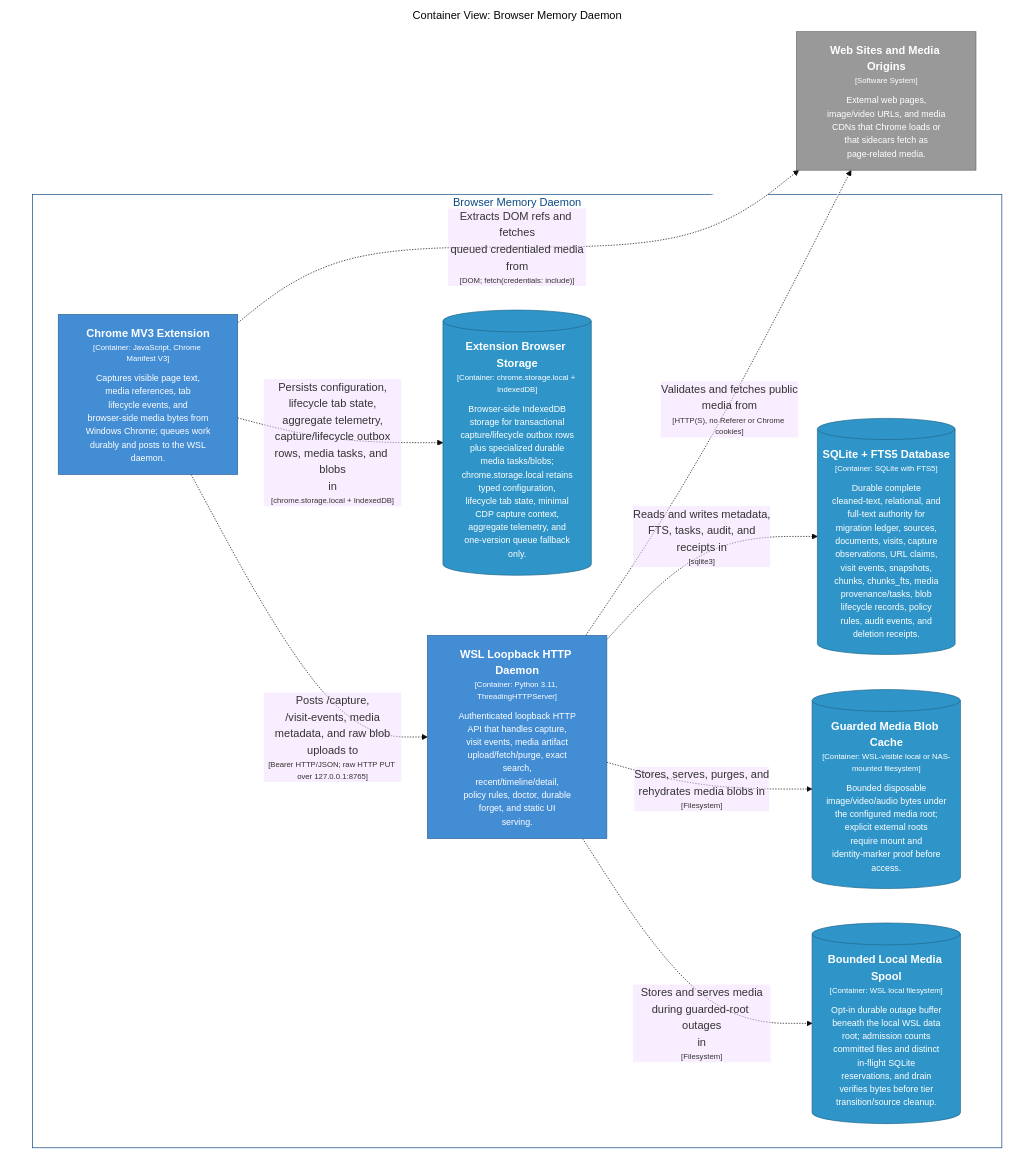
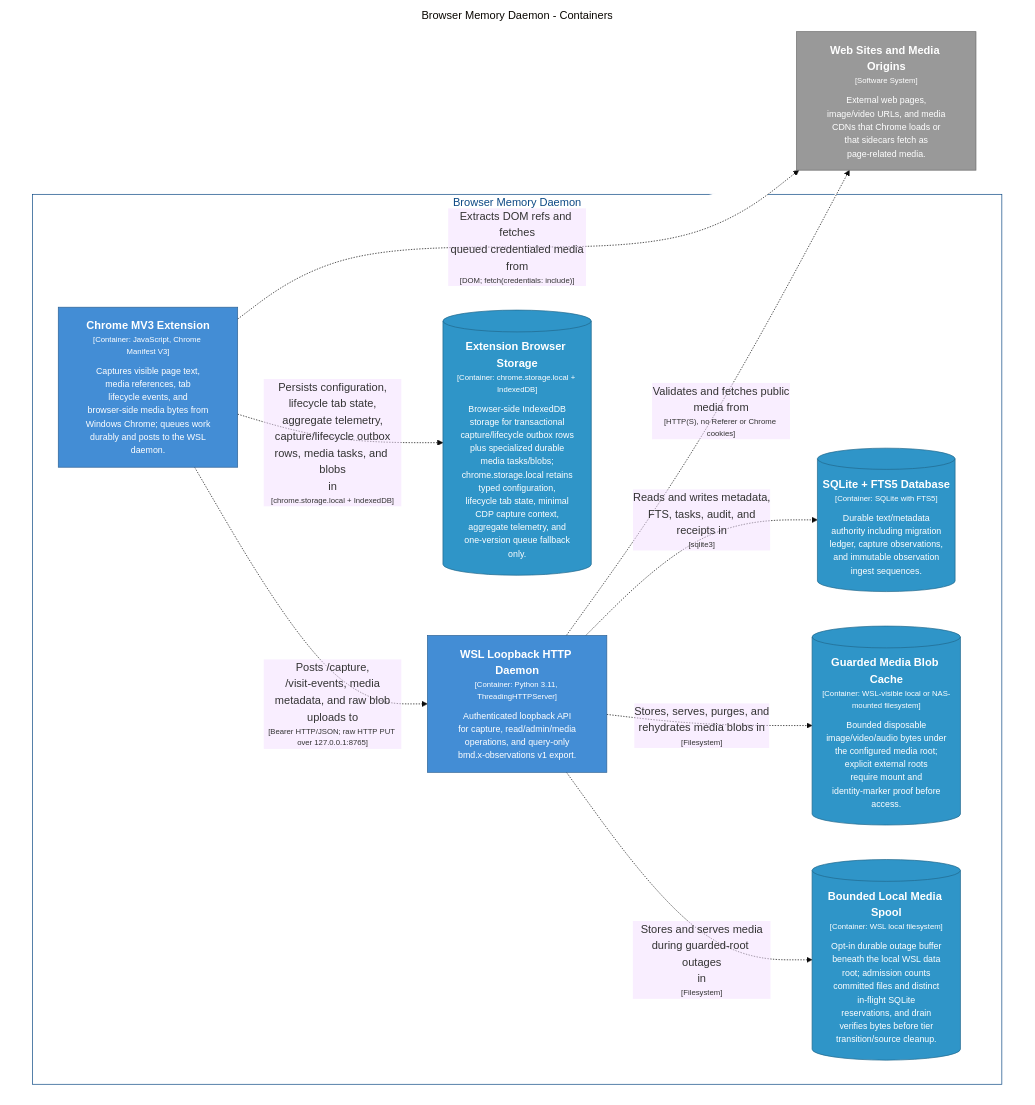
One commit to michaelnicks0/browser-memory-daemon changed the diagram in docs/architecture/diagrams/markdown/BrowserMediaContainers.md. Above: the diagram before and after it, drawn with Mermaid (base theme). The commit also changed 331 other files, not shown here.

Commit message:
docs: refresh architecture and publish surfaces

````diff
--- a/docs/architecture/diagrams/markdown/BrowserMediaContainers.md
+++ b/docs/architecture/diagrams/markdown/BrowserMediaContainers.md
@@ -16,37 +16,36 @@
 ```mermaid
 graph TB
   linkStyle default fill:#ffffff
 
-  subgraph diagram ["Container View: Browser Memory Daemon"]
+  subgraph diagram ["Browser Memory Daemon - Containers"]
     style diagram fill:#ffffff,stroke:#ffffff
 
     3["<div style='font-weight: bold'>Web Sites and Media Origins</div><div style='font-size: 70%; margin-top: 0px'>[Software System]</div><div style='font-size: 80%; margin-top:10px'>External web pages,<br />image/video URLs, and media<br />CDNs that Chrome loads or<br />that sidecars fetch as<br />page-related media.</div>"]
     style 3 fill:#999999,stroke:#6b6b6b,color:#ffffff
 
     subgraph 4 ["Browser Memory Daemon"]
       style 4 fill:#ffffff,stroke:#0b4884,color:#0b4884
 
       21[("<div style='font-weight: bold'>Extension Browser Storage</div><div style='font-size: 70%; margin-top: 0px'>[Container: chrome.storage.local + IndexedDB]</div><div style='font-size: 80%; margin-top:10px'>Browser-side IndexedDB<br />storage for transactional<br />capture/lifecycle outbox rows<br />plus specialized durable<br />media tasks/blobs;<br />chrome.storage.local retains<br />typed configuration,<br />lifecycle tab state, minimal<br />CDP capture context,<br />aggregate telemetry, and<br />one-version queue fallback<br />only.</div>")]
       style 21 fill:#2f95c8,stroke:#20688c,color:#ffffff
-      22["<div style='font-weight: bold'>WSL Loopback HTTP Daemon</div><div style='font-size: 70%; margin-top: 0px'>[Container: Python 3.11, ThreadingHTTPServer]</div><div style='font-size: 80%; margin-top:10px'>Authenticated loopback HTTP<br />API that handles capture,<br />visit events, media artifact<br />upload/fetch/purge, exact<br />search,<br />recent/timeline/detail,<br />policy rules, doctor, durable<br />forget, and static UI<br />serving.</div>"]
+      22["<div style='font-weight: bold'>WSL Loopback HTTP Daemon</div><div style='font-size: 70%; margin-top: 0px'>[Container: Python 3.11, ThreadingHTTPServer]</div><div style='font-size: 80%; margin-top:10px'>Authenticated loopback API<br />for capture, read/admin/media<br />operations, and query-only<br />bmd.x-observations v1 export.</div>"]
       style 22 fill:#438dd5,stroke:#2e6295,color:#ffffff
-      48[("<div style='font-weight: bold'>SQLite + FTS5 Database</div><div style='font-size: 70%; margin-top: 0px'>[Container: SQLite with FTS5]</div><div style='font-size: 80%; margin-top:10px'>Durable complete<br />cleaned-text, relational, and<br />full-text authority for<br />migration ledger, sources,<br />documents, visits, capture<br />observations, URL claims,<br />visit events, snapshots,<br />chunks, chunks_fts, media<br />provenance/tasks, blob<br />lifecycle records, policy<br />rules, audit events, and<br />deletion receipts.</div>")]
-      style 48 fill:#2f95c8,stroke:#20688c,color:#ffffff
+      49[("<div style='font-weight: bold'>SQLite + FTS5 Database</div><div style='font-size: 70%; margin-top: 0px'>[Container: SQLite with FTS5]</div><div style='font-size: 80%; margin-top:10px'>Durable text/metadata<br />authority including migration<br />ledger, capture observations,<br />and immutable observation<br />ingest sequences.</div>")]
+      style 49 fill:#2f95c8,stroke:#20688c,color:#ffffff
       5["<div style='font-weight: bold'>Chrome MV3 Extension</div><div style='font-size: 70%; margin-top: 0px'>[Container: JavaScript, Chrome Manifest V3]</div><div style='font-size: 80%; margin-top:10px'>Captures visible page text,<br />media references, tab<br />lifecycle events, and<br />browser-side media bytes from<br />Windows Chrome; queues work<br />durably and posts to the WSL<br />daemon.</div>"]
       style 5 fill:#438dd5,stroke:#2e6295,color:#ffffff
-      50[("<div style='font-weight: bold'>Guarded Media Blob Cache</div><div style='font-size: 70%; margin-top: 0px'>[Container: WSL-visible local or NAS-mounted filesystem]</div><div style='font-size: 80%; margin-top:10px'>Bounded disposable<br />image/video/audio bytes under<br />the configured media root;<br />explicit external roots<br />require mount and<br />identity-marker proof before<br />access.</div>")]
-      style 50 fill:#2f95c8,stroke:#20688c,color:#ffffff
-      51[("<div style='font-weight: bold'>Bounded Local Media Spool</div><div style='font-size: 70%; margin-top: 0px'>[Container: WSL local filesystem]</div><div style='font-size: 80%; margin-top:10px'>Opt-in durable outage buffer<br />beneath the local WSL data<br />root; admission counts<br />committed files and distinct<br />in-flight SQLite<br />reservations, and drain<br />verifies bytes before tier<br />transition/source cleanup.</div>")]
+      51[("<div style='font-weight: bold'>Guarded Media Blob Cache</div><div style='font-size: 70%; margin-top: 0px'>[Container: WSL-visible local or NAS-mounted filesystem]</div><div style='font-size: 80%; margin-top:10px'>Bounded disposable<br />image/video/audio bytes under<br />the configured media root;<br />explicit external roots<br />require mount and<br />identity-marker proof before<br />access.</div>")]
       style 51 fill:#2f95c8,stroke:#20688c,color:#ffffff
+      52[("<div style='font-weight: bold'>Bounded Local Media Spool</div><div style='font-size: 70%; margin-top: 0px'>[Container: WSL local filesystem]</div><div style='font-size: 80%; margin-top:10px'>Opt-in durable outage buffer<br />beneath the local WSL data<br />root; admission counts<br />committed files and distinct<br />in-flight SQLite<br />reservations, and drain<br />verifies bytes before tier<br />transition/source cleanup.</div>")]
+      style 52 fill:#2f95c8,stroke:#20688c,color:#ffffff
     end
 
     22-. "<div>Validates and fetches public<br />media from</div><div style='font-size: 70%'>[HTTP(S), no Referer or Chrome cookies]</div>" .->3
     5-. "<div>Extracts DOM refs and fetches<br />queued credentialed media<br />from</div><div style='font-size: 70%'>[DOM; fetch(credentials: include)]</div>" .->3
     5-. "<div>Persists configuration,<br />lifecycle tab state,<br />aggregate telemetry,<br />capture/lifecycle outbox<br />rows, media tasks, and blobs<br />in</div><div style='font-size: 70%'>[chrome.storage.local + IndexedDB]</div>" .->21
     5-. "<div>Posts /capture,<br />/visit-events, media<br />metadata, and raw blob<br />uploads to</div><div style='font-size: 70%'>[Bearer HTTP/JSON; raw HTTP PUT over 127.0.0.1:8765]</div>" .->22
-    22-. "<div>Reads and writes metadata,<br />FTS, tasks, audit, and<br />receipts in</div><div style='font-size: 70%'>[sqlite3]</div>" .->48
-    22-. "<div>Stores, serves, purges, and<br />rehydrates media blobs in</div><div style='font-size: 70%'>[Filesystem]</div>" .->50
-    22-. "<div>Stores and serves media<br />during guarded-root outages<br />in</div><div style='font-size: 70%'>[Filesystem]</div>" .->51
-
+    22-. "<div>Reads and writes metadata,<br />FTS, tasks, audit, and<br />receipts in</div><div style='font-size: 70%'>[sqlite3]</div>" .->49
+    22-. "<div>Stores, serves, purges, and<br />rehydrates media blobs in</div><div style='font-size: 70%'>[Filesystem]</div>" .->51
+    22-. "<div>Stores and serves media<br />during guarded-root outages<br />in</div><div style='font-size: 70%'>[Filesystem]</div>" .->52
   end
 ```
````
